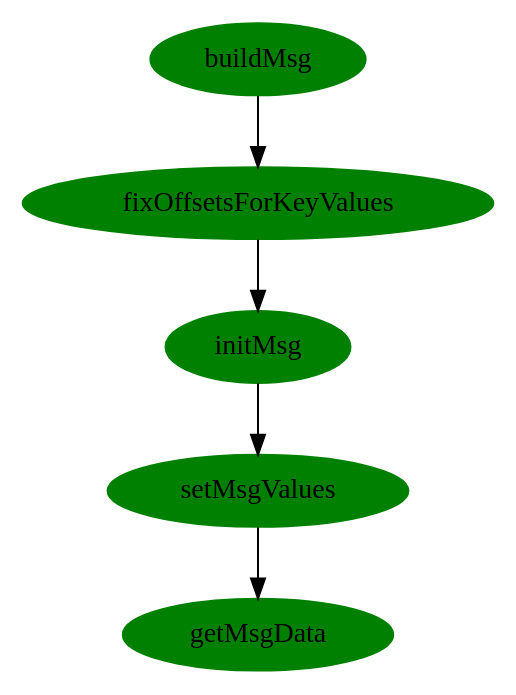
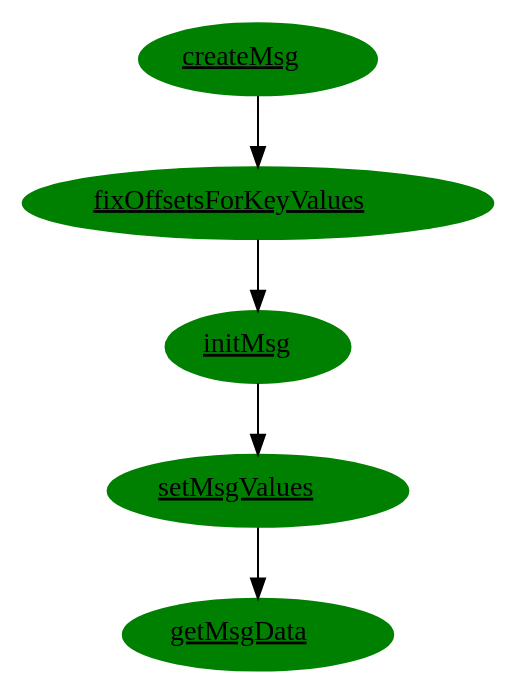
The diagram in dot_files/grp_buildAnswerMsg.dot (apwiede/nodemcu), drawn with Graphviz before and after one commit. The commit also changed 3 other files, not shown here.

```diff
--- a/dot_files/grp_buildAnswerMsg.dot
+++ b/dot_files/grp_buildAnswerMsg.dot
@@ -1,11 +1,11 @@
 digraph G23 {
-  buildMsg[style="filled", color="green"];
+  buildMsg[style="filled", color="green", label=<<u>createMsg</u>> URL="\ref createMsg"];
   buildMsg -> fixOffsetsForKeyValues;
-  fixOffsetsForKeyValues[style="filled", color="green"];
+  fixOffsetsForKeyValues[style="filled", color="green", label=<<u>fixOffsetsForKeyValues</u>> URL="\ref fixOffsetsForKeyValues"];
   fixOffsetsForKeyValues -> initMsg;
-  initMsg[style="filled", color="green"];
+  initMsg[style="filled", color="green", label=<<u>initMsg</u>> URL="\ref initMsg"];
   initMsg -> setMsgValues;
-  setMsgValues[style="filled", color="green"];
+  setMsgValues[style="filled", color="green", label=<<u>setMsgValues</u>> URL="\ref setMsgValues"];
   setMsgValues -> getMsgData;
-  getMsgData[style="filled", color="green"];
+  getMsgData[style="filled", color="green", label=<<u>getMsgData</u>> URL="\ref getMsgData"];
 }
```
